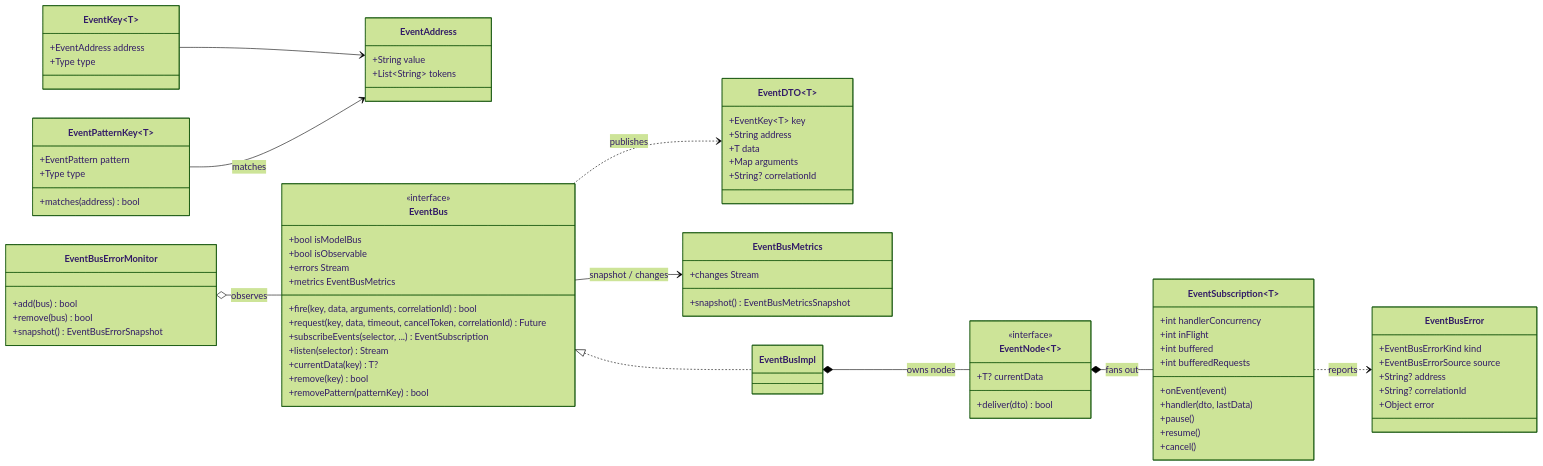
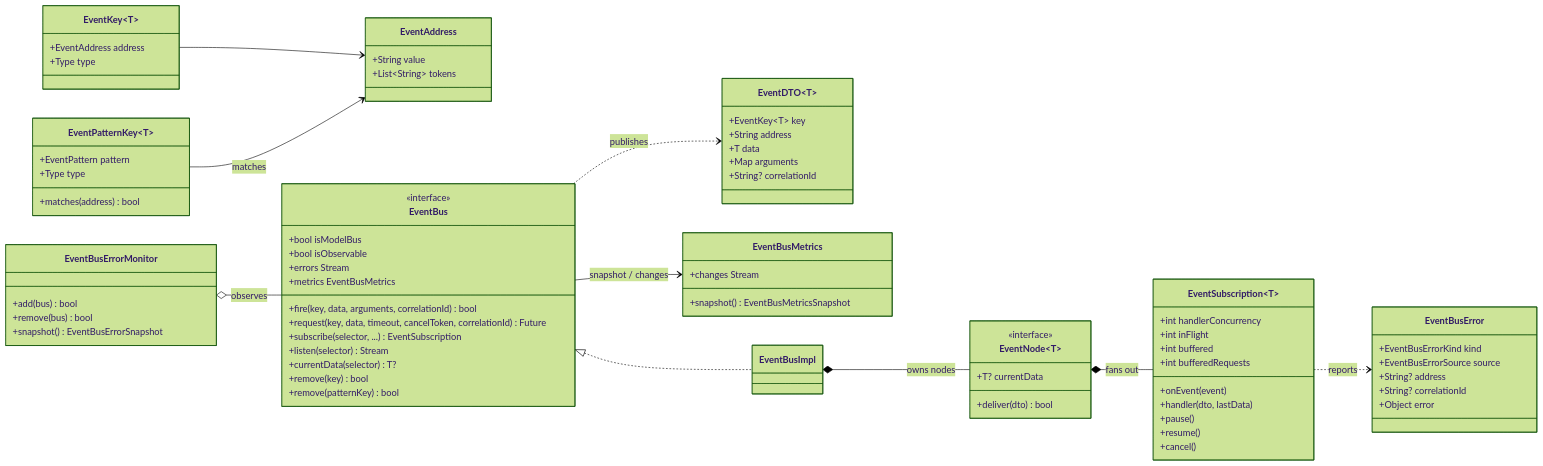
One commit to Avataromvatar/event_bus_arch changed the first of 2 diagrams in doc/00-overview.md. Above: the diagram before and after it, drawn with Mermaid (forest theme). The commit also changed other lines of this file and 53 other files, not shown here.

```diff
--- a/doc/00-overview.md
+++ b/doc/00-overview.md
@@ -53,11 +53,11 @@
         +bool isObservable
         +fire(key, data, arguments, correlationId) bool
         +request(key, data, timeout, cancelToken, correlationId) Future
-        +subscribeEvents(selector, ...) EventSubscription
+        +subscribe(selector, ...) EventSubscription
         +listen(selector) Stream
-        +currentData(key) T?
+        +currentData(selector) T?
         +remove(key) bool
-        +removePattern(patternKey) bool
+        +remove(patternKey) bool
         +errors Stream
         +metrics EventBusMetrics
     }
```
